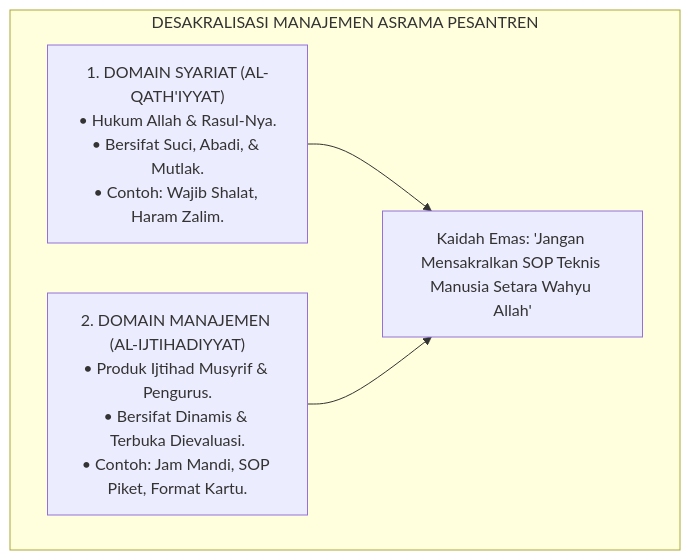
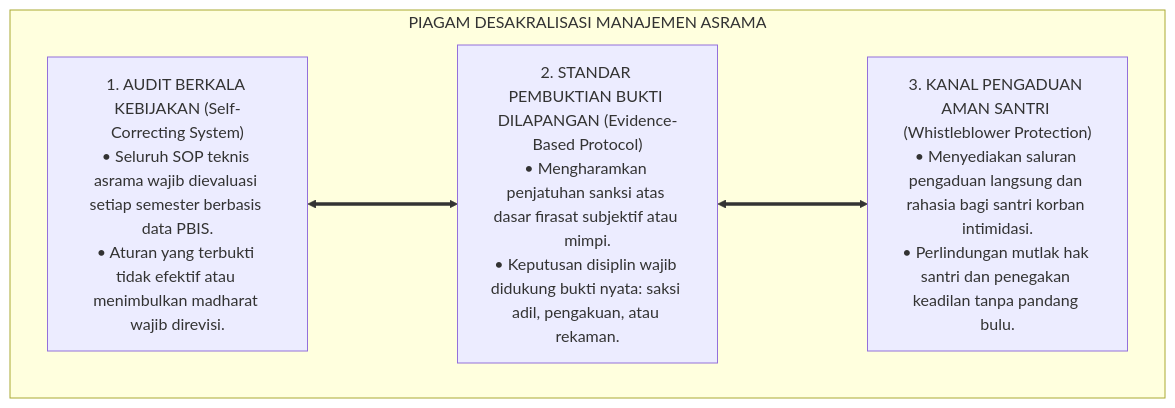
The third of 3 diagrams in 01 Philosophy/01 Worldview/01 Hakikat Realitas/P1-01-01-06-Kritik-Internal.md (wandiapriliyandi/tumbuh), drawn with Mermaid before and after one commit. The commit also changed other lines of this file and 8 other files, not shown here.

````diff
--- a/01 Philosophy/01 Worldview/01 Hakikat Realitas/P1-01-01-06-Kritik-Internal.md
+++ b/01 Philosophy/01 Worldview/01 Hakikat Realitas/P1-01-01-06-Kritik-Internal.md
@@ -141,13 +164,13 @@
 ```mermaid
 flowchart TD
-    subgraph DesakralisasiManajemenAsrama["DESAKRALISASI MANAJEMEN ASRAMA PESANTREN"]
-        SyariatAbadi["1. DOMAIN SYARIAT (AL-QATH'IYYAT)<br/>• Hukum Allah & Rasul-Nya.<br/>• Bersifat Suci, Abadi, & Mutlak.<br/>• Contoh: Wajib Shalat, Haram Zalim."]
+    subgraph PiagamDesakralisasiSOP["PIAGAM DESAKRALISASI MANAJEMEN ASRAMA"]
         
-        ManajemenDinamis["2. DOMAIN MANAJEMEN (AL-IJTIHADIYYAT)<br/>• Produk Ijtihad Musyrif & Pengurus.<br/>• Bersifat Dinamis & Terbuka Dievaluasi.<br/>• Contoh: Jam Mandi, SOP Piket, Format Kartu."]
+        K1_E["1. AUDIT BERKALA KEBIJAKAN (Self-Correcting System)<br/>• Seluruh SOP teknis asrama wajib dievaluasi setiap semester berbasis data PBIS.<br/>• Aturan yang terbukti tidak efektif atau menimbulkan madharat wajib direvisi."]
         
-        KaidahPemisahan["Kaidah Emas: 'Jangan Mensakralkan SOP Teknis Manusia Setara Wahyu Allah'"]
+        K2_E["2. STANDAR PEMBUKTIAN BUKTI DILAPANGAN (Evidence-Based Protocol)<br/>• Mengharamkan penjatuhan sanksi atas dasar firasat subjektif atau mimpi.<br/>• Keputusan disiplin wajib didukung bukti nyata: saksi adil, pengakuan, atau rekaman."]
         
-        SyariatAbadi --> KaidahPemisahan
-        ManajemenDinamis --> KaidahPemisahan
+        K3_E["3. KANAL PENGADUAN AMAN SANTRI (Whistleblower Protection)<br/>• Menyediakan saluran pengaduan langsung dan rahasia bagi santri korban intimidasi.<br/>• Perlindungan mutlak hak santri dan penegakan keadilan tanpa pandang bulu."]
+        
+        K1_E <===> K2_E <===> K3_E
     end
 ```
````
